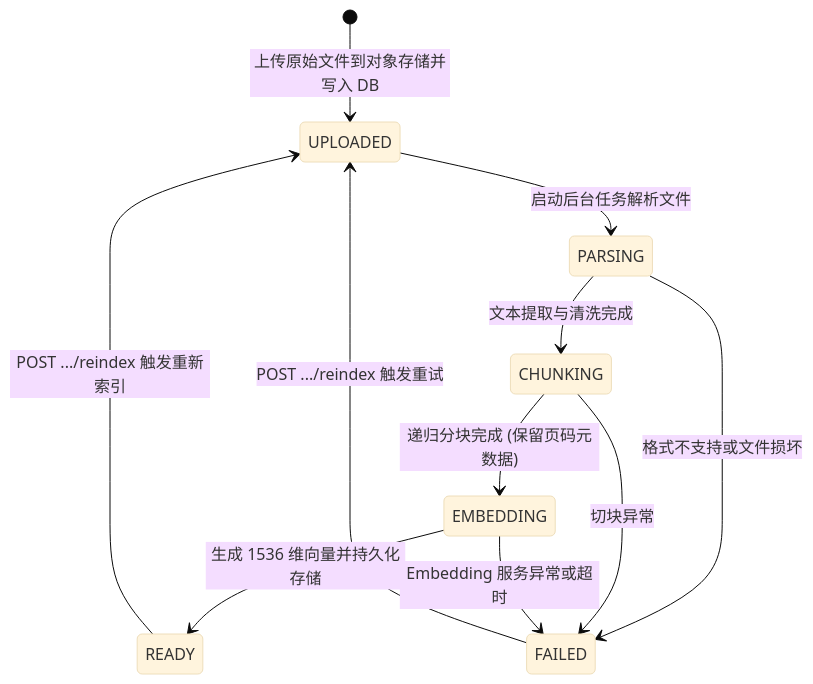
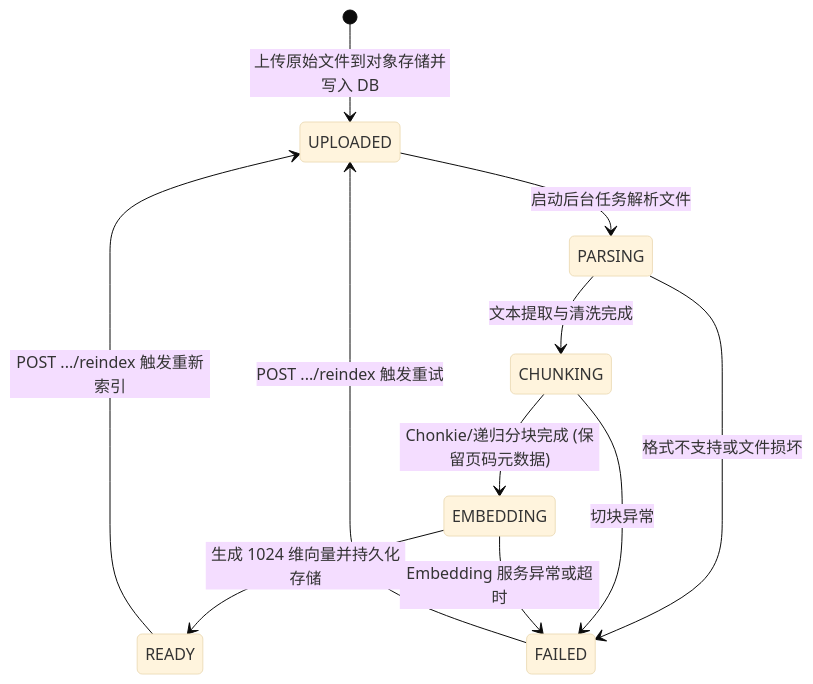
One commit to chasingboy95/ai-knowledge-hub changed the second of 2 diagrams in knowledge-base/README.md. Above: the diagram before and after it, drawn with Mermaid (base theme). The commit also changed other lines of this file and 18 other files, not shown here.

````diff
--- a/knowledge-base/README.md
+++ b/knowledge-base/README.md
@@ -155,13 +136,13 @@
 ```mermaid
 stateDiagram-v2
     [*] --> UPLOADED : 上传原始文件到对象存储并写入 DB
     UPLOADED --> PARSING : 启动后台任务解析文件
     PARSING --> CHUNKING : 文本提取与清洗完成
     PARSING --> FAILED : 格式不支持或文件损坏
-    CHUNKING --> EMBEDDING : 递归分块完成 (保留页码元数据)
+    CHUNKING --> EMBEDDING : Chonkie/递归分块完成 (保留页码元数据)
     CHUNKING --> FAILED : 切块异常
-    EMBEDDING --> READY : 生成 1536 维向量并持久化存储
+    EMBEDDING --> READY : 生成 1024 维向量并持久化存储
     EMBEDDING --> FAILED : Embedding 服务异常或超时
     FAILED --> UPLOADED : POST .../reindex 触发重试
     READY --> UPLOADED : POST .../reindex 触发重新索引
 ```
````
